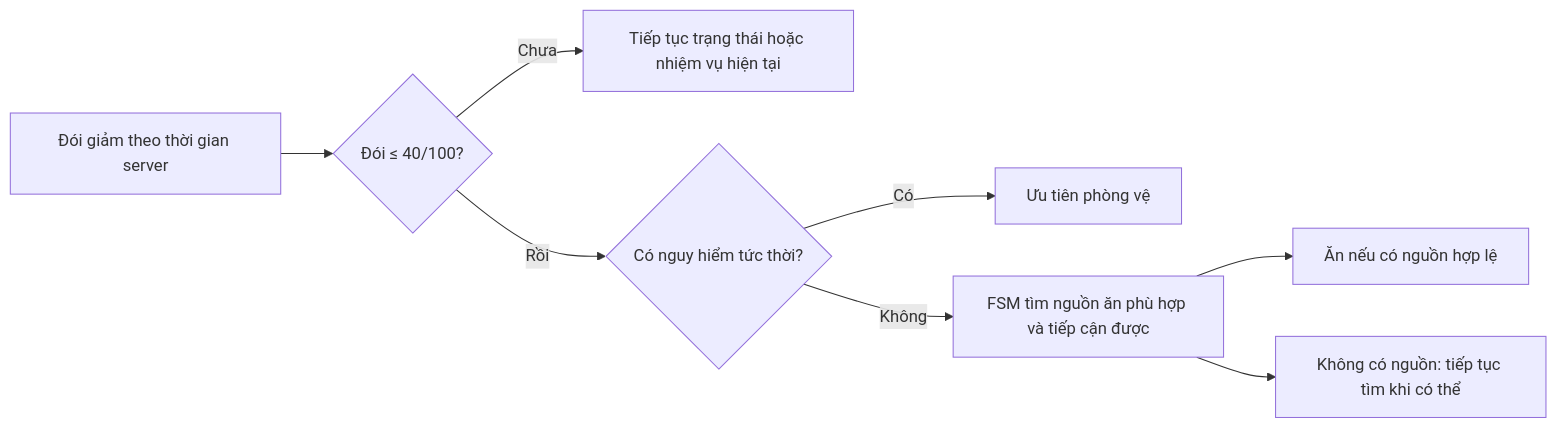
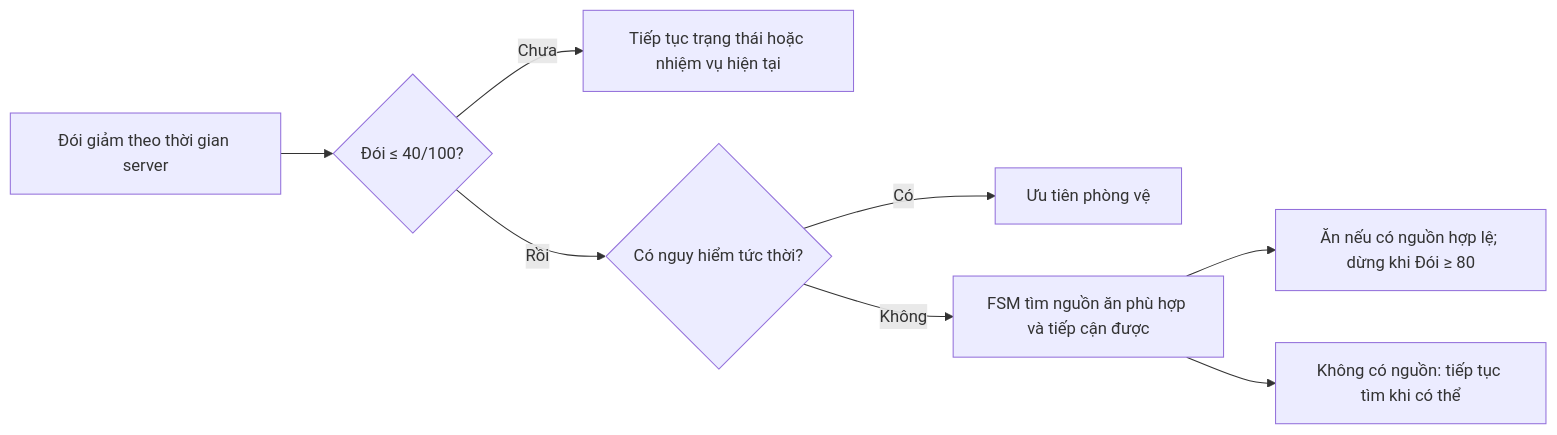
The second of 2 diagrams in docs/alpha-2/food-web-alpha.md (Dylan00199/ImmortalClan), drawn with Mermaid before and after one commit. The commit also changed other lines of this file and 5 other files, not shown here.

````diff
--- a/docs/alpha-2/food-web-alpha.md
+++ b/docs/alpha-2/food-web-alpha.md
@@ -38,10 +38,10 @@
 ```mermaid
 flowchart LR
   Doi["Đói giảm theo thời gian server"] --> Nguong{"Đói ≤ 40/100?"}
   Nguong -- "Chưa" --> Khac["Tiếp tục trạng thái hoặc nhiệm vụ hiện tại"]
   Nguong -- "Rồi" --> NguyHiem{"Có nguy hiểm tức thời?"}
   NguyHiem -- "Có" --> PhongVe["Ưu tiên phòng vệ"]
   NguyHiem -- "Không" --> Tim["FSM tìm nguồn ăn phù hợp và tiếp cận được"]
-  Tim --> An["Ăn nếu có nguồn hợp lệ"]
+  Tim --> An["Ăn nếu có nguồn hợp lệ; dừng khi Đói ≥ 80"]
   Tim --> Thieu["Không có nguồn: tiếp tục tìm khi có thể"]
 ```
````
